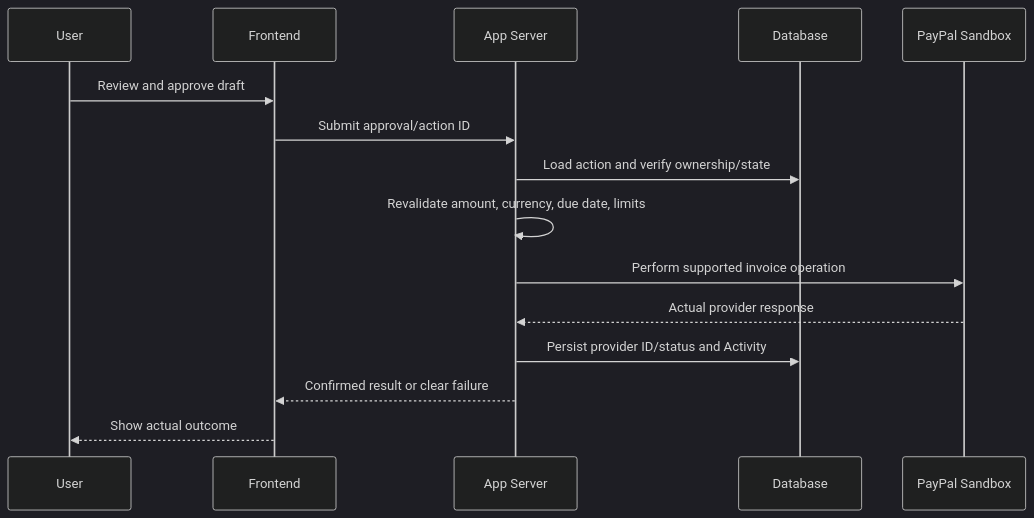
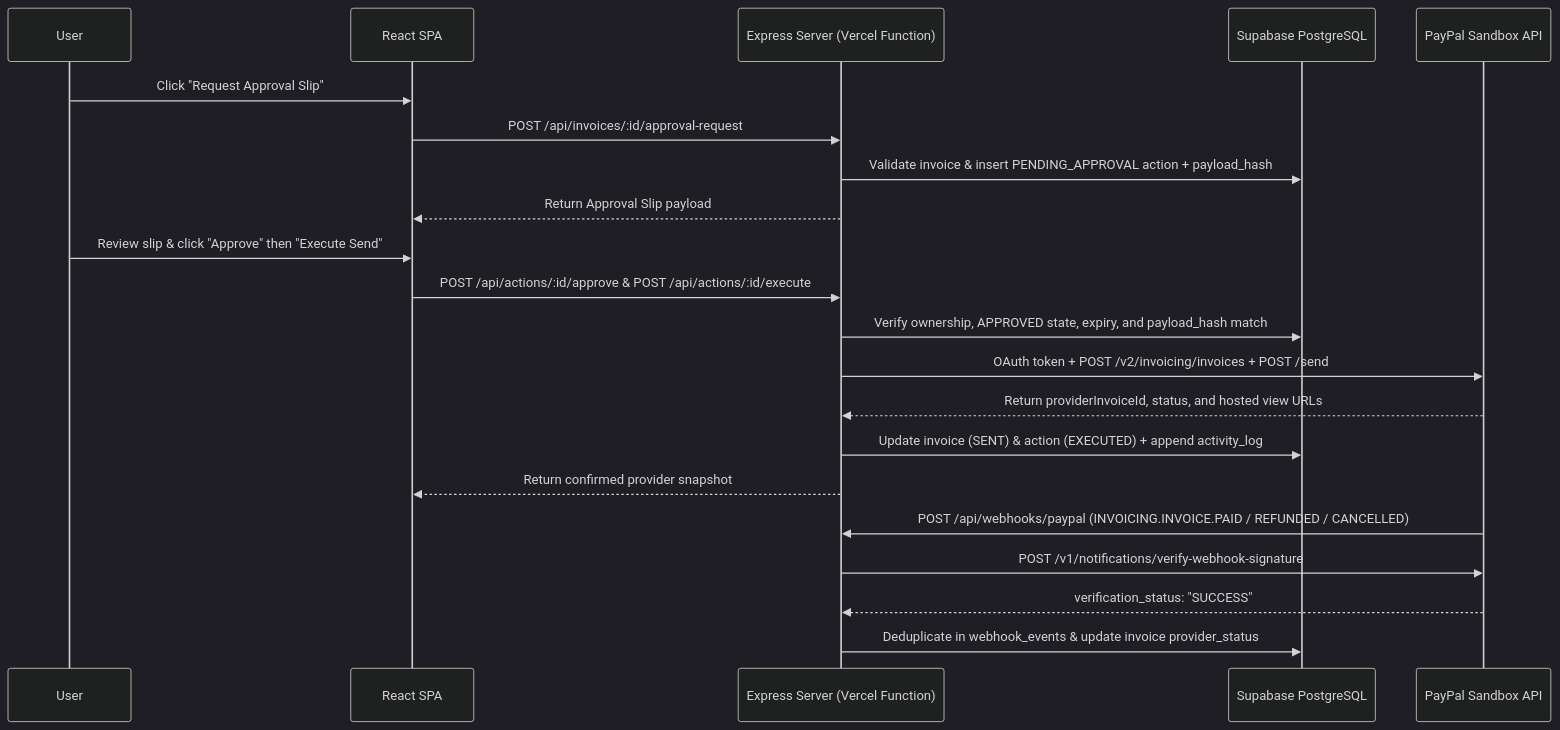
One commit to KhaleelxRahman/InvoicePilot changed the second of 2 diagrams in docs/ARCHITECTURE.md. Above: the diagram before and after it, drawn with Mermaid (dark theme). The commit also changed other lines of this file and 27 other files, not shown here.

Commit message:
feat(deploy): migrate production hosting to Vercel with security hardening and webhook refund support

````diff
--- a/docs/ARCHITECTURE.md
+++ b/docs/ARCHITECTURE.md
@@ -38,17 +54,24 @@
 ```mermaid
 sequenceDiagram
   participant U as User
-  participant FE as Frontend
-  participant API as App Server
-  participant DB as Database
-  participant PP as PayPal Sandbox
-  U->>FE: Review and approve draft
-  FE->>API: Submit approval/action ID
-  API->>DB: Load action and verify ownership/state
-  API->>API: Revalidate amount, currency, due date, limits
-  API->>PP: Perform supported invoice operation
-  PP-->>API: Actual provider response
-  API->>DB: Persist provider ID/status and Activity
-  API-->>FE: Confirmed result or clear failure
-  FE-->>U: Show actual outcome
+  participant FE as React SPA
+  participant API as Express Server (Vercel Function)
+  participant DB as Supabase PostgreSQL
+  participant PP as PayPal Sandbox API
+
+  U->>FE: Click "Request Approval Slip"
+  FE->>API: POST /api/invoices/:id/approval-request
+  API->>DB: Validate invoice & insert PENDING_APPROVAL action + payload_hash
+  API-->>FE: Return Approval Slip payload
+  U->>FE: Review slip & click "Approve" then "Execute Send"
+  FE->>API: POST /api/actions/:id/approve & POST /api/actions/:id/execute
+  API->>DB: Verify ownership, APPROVED state, expiry, and payload_hash match
+  API->>PP: OAuth token + POST /v2/invoicing/invoices + POST /send
+  PP-->>API: Return providerInvoiceId, status, and hosted view URLs
+  API->>DB: Update invoice (SENT) & action (EXECUTED) + append activity_log
+  API-->>FE: Return confirmed provider snapshot
+  PP->>API: POST /api/webhooks/paypal (INVOICING.INVOICE.PAID / REFUNDED / CANCELLED)
+  API->>PP: POST /v1/notifications/verify-webhook-signature
+  PP-->>API: verification_status: "SUCCESS"
+  API->>DB: Deduplicate in webhook_events & update invoice provider_status
 ```
````
